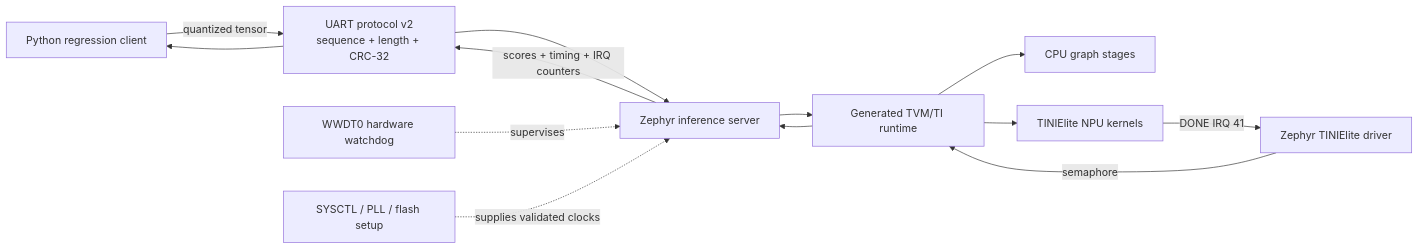
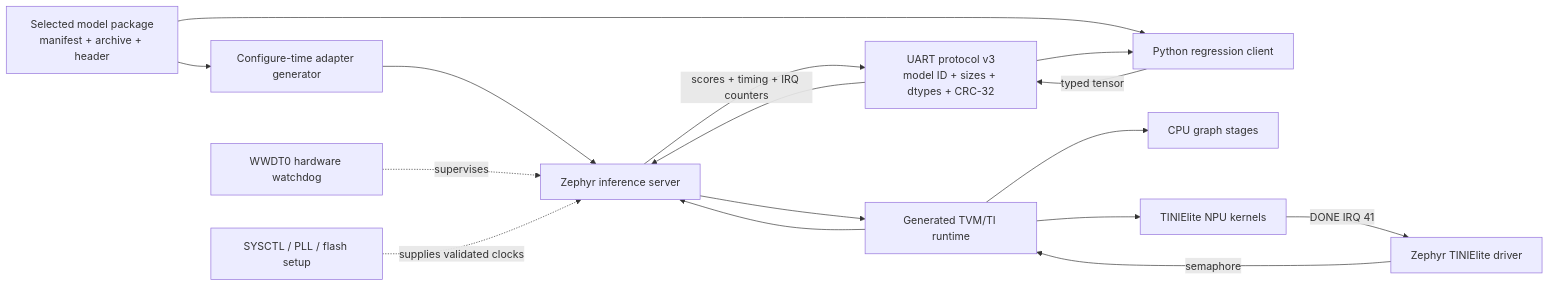
Before and after one commit to jainilbavishi24/am13e230-tinielite-zephyr: the first of 2 diagrams in README.md, drawn with Mermaid. The commit also changed other lines of this file and 81 other files, not shown here.

````diff
--- a/README.md
+++ b/README.md
@@ -61,15 +83,18 @@
 ```mermaid
 flowchart LR
-    Host[Python regression client] -->|quantized tensor| Protocol[UART protocol v2<br/>sequence + length + CRC-32]
+    Package[Selected model package<br/>manifest + archive + header] --> Generator
+    Generator[Configure-time adapter generator] --> App
+    Package --> Host
+    Host[Python regression client] -->|typed tensor| Protocol[UART protocol v3<br/>model ID + sizes + dtypes + CRC-32]
     Protocol --> App[Zephyr inference server]
     App --> Runtime[Generated TVM/TI runtime]
     Runtime --> CPU[CPU graph stages]
     Runtime --> NPU[TINIElite NPU kernels]
     NPU -->|DONE IRQ 41| Driver[Zephyr TINIElite driver]
     Driver -->|semaphore| Runtime
     Runtime --> App
     App -->|scores + timing + IRQ counters| Protocol
     Protocol --> Host
     Watchdog[WWDT0 hardware watchdog] -. supervises .-> App
     Clock[SYSCTL / PLL / flash setup] -. supplies validated clocks .-> App
 ```
````
